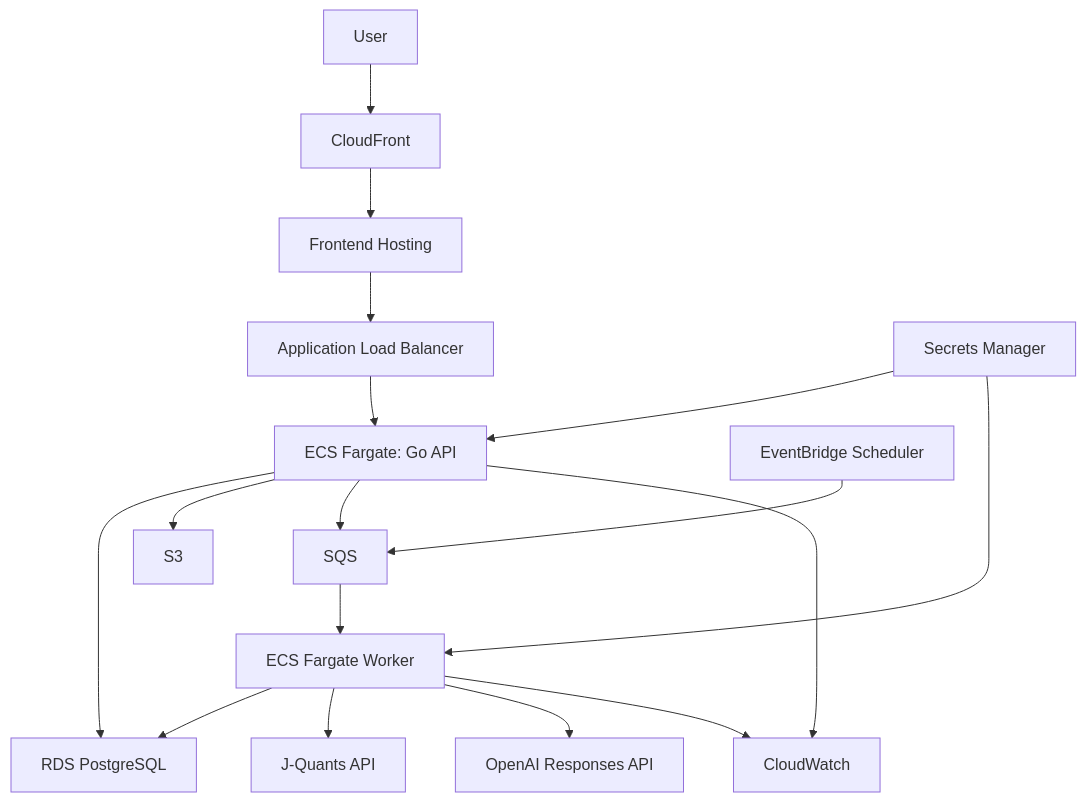
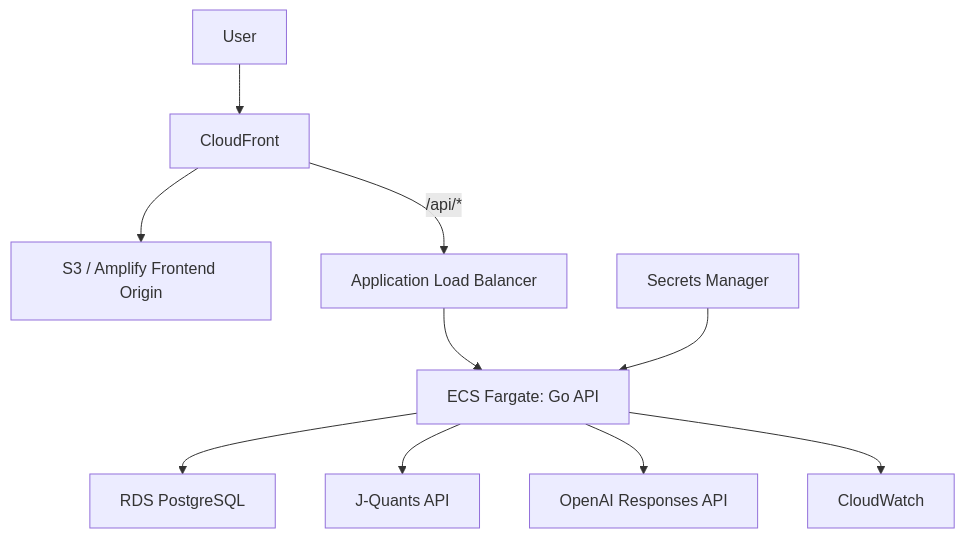
One commit to KodaiShiraishi/alphalens-jp changed the first of 2 diagrams in docs/06_infra_design.md. Above: the diagram before and after it, drawn with Mermaid. The commit also changed other lines of this file and 9 other files, not shown here.

````diff
--- a/docs/06_infra_design.md
+++ b/docs/06_infra_design.md
@@ -30,19 +30,12 @@
 ```mermaid
 flowchart TB
   User["User"] --> CF["CloudFront"]
-  CF --> FE["Frontend Hosting"]
-  FE --> ALB["Application Load Balancer"]
+  CF --> FE["S3 / Amplify Frontend Origin"]
+  CF -->|"/api/*"| ALB["Application Load Balancer"]
   ALB --> ECS["ECS Fargate: Go API"]
   ECS --> RDS["RDS PostgreSQL"]
-  ECS --> S3["S3"]
-  ECS --> SQS["SQS"]
-  SQS --> Worker["ECS Fargate Worker"]
-  Worker --> RDS
-  Worker --> JQ["J-Quants API"]
-  Worker --> OpenAI["OpenAI Responses API"]
-  EventBridge["EventBridge Scheduler"] --> SQS
+  ECS --> JQ["J-Quants API"]
+  ECS --> OpenAI["OpenAI Responses API"]
   ECS --> CW["CloudWatch"]
-  Worker --> CW
   Secrets["Secrets Manager"] --> ECS
-  Secrets --> Worker
 ```
````
